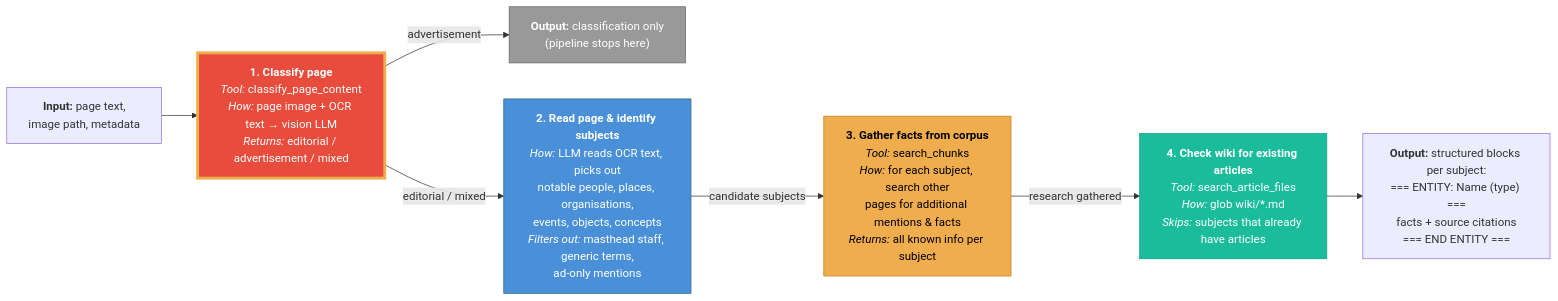
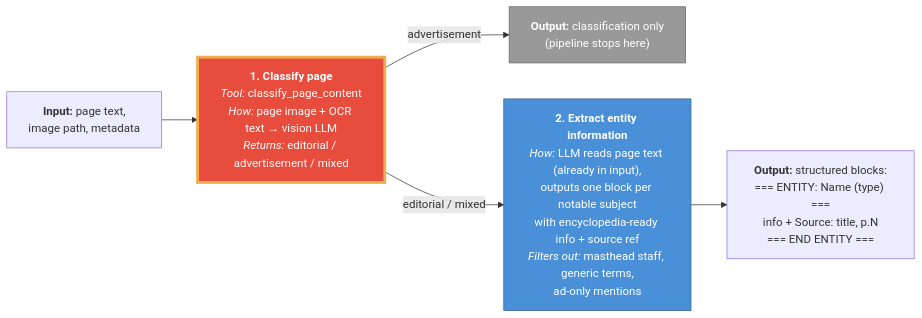
The second of 4 diagrams in docs/swarm-flow.md (alastairrushworth/docswarm), drawn with Mermaid before and after one commit. The commit also changed other lines of this file and 3 other files, not shown here.

````diff
--- a/docs/swarm-flow.md
+++ b/docs/swarm-flow.md
@@ -66,38 +66,26 @@
 ```mermaid
 flowchart LR
     IN["<b>Input:</b> page text,<br/>image path, metadata"]
 
     IN --> S1
 
     S1["<b>1. Classify page</b><br/><i>Tool:</i> classify_page_content<br/><i>How:</i> page image + OCR text &rarr; vision LLM<br/><i>Returns:</i> editorial / advertisement / mixed"]
 
     S1 -->|"advertisement"| OUT_AD["<b>Output:</b> classification only<br/>(pipeline stops here)"]
     S1 -->|"editorial / mixed"| S2
 
-    S2["<b>2. Read page &amp; identify subjects</b><br/><i>How:</i> LLM reads OCR text, picks out<br/>notable people, places, organisations,<br/>events, objects, concepts<br/><i>Filters out:</i> masthead staff, generic terms,<br/>ad-only mentions"]
+    S2["<b>2. Extract entity information</b><br/><i>How:</i> LLM reads page text (already in input),<br/>outputs one block per notable subject<br/>with encyclopedia-ready info + source ref<br/><i>Filters out:</i> masthead staff, generic terms,<br/>ad-only mentions"]
 
-    S2 -->|"candidate subjects"| S3
+    S2 --> OUT
 
-    S3["<b>3. Gather facts from corpus</b><br/><i>Tool:</i> search_chunks<br/><i>How:</i> for each subject, search other<br/>pages for additional mentions &amp; facts<br/><i>Returns:</i> all known info per subject"]
-
-    S3 -->|"research gathered"| S4
-
-    S4["<b>4. Check wiki for existing articles</b><br/><i>Tool:</i> search_article_files<br/><i>How:</i> glob wiki/*.md<br/><i>Skips:</i> subjects that already have articles"]
-
-    S4 --> OUT
-
-    OUT["<b>Output:</b> structured blocks per subject:<br/>=== ENTITY: Name (type) ===<br/>facts + source citations<br/>=== END ENTITY ==="]
+    OUT["<b>Output:</b> structured blocks:<br/>=== ENTITY: Name (type) ===<br/>info + Source: title, p.N<br/>=== END ENTITY ==="]
 
     %% Styling
-    classDef srcDb fill:#f0ad4e,stroke:#c77f1a,color:#000
-    classDef srcWiki fill:#1abc9c,stroke:#16a085,color:#fff
     classDef srcMixed fill:#e74c3c,stroke:#f0ad4e,color:#fff,stroke-width:4px
     classDef srcLlm fill:#4a90d9,stroke:#2c5f8a,color:#fff
     classDef srcStop fill:#999,stroke:#666,color:#fff
 
     class S1 srcMixed
     class S2 srcLlm
-    class S3 srcDb
-    class S4 srcWiki
     class OUT_AD srcStop
 ```
````
